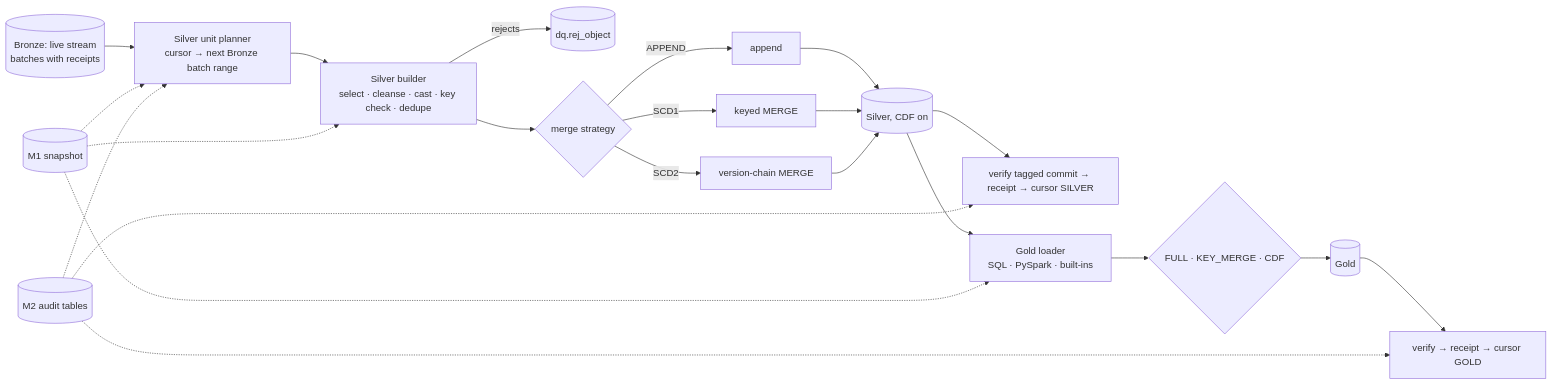
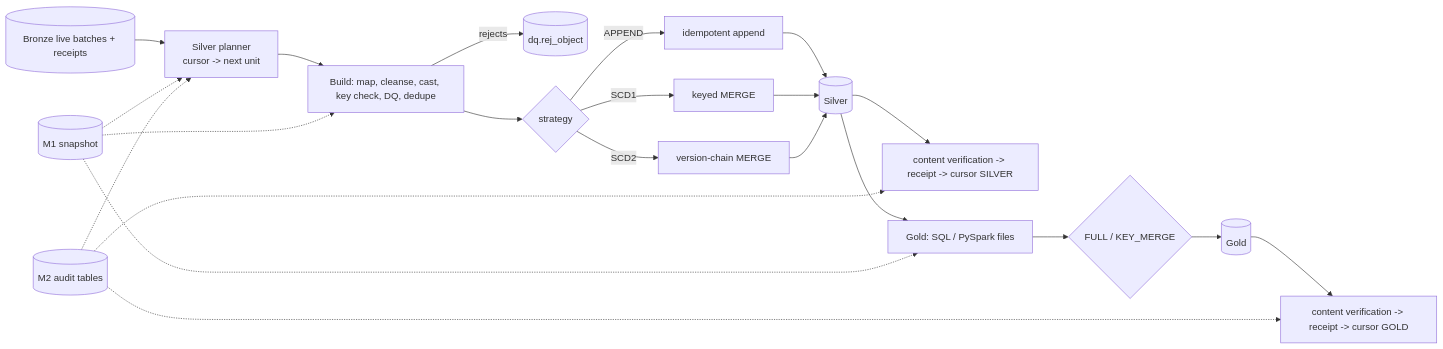
One commit to renu-architect/de-accelerator changed the diagram in docs/architecture/m3/00_M3_design.md. Above: the diagram before and after it, drawn with Mermaid. The commit also changed other lines of this file and 14 other files, not shown here.

````diff
--- a/docs/architecture/m3/00_M3_design.md
+++ b/docs/architecture/m3/00_M3_design.md
@@ -37,18 +25,17 @@
 ```mermaid
 flowchart LR
-  BRZ[(Bronze: live stream<br/>batches with receipts)] --> PL[Silver unit planner<br/>cursor → next Bronze batch range]
-  PL --> SB[Silver builder<br/>select · cleanse · cast · key check · dedupe]
-  SB -->|rejects| REJ[(dq.rej_object)]
-  SB --> MS{merge strategy}
-  MS -->|APPEND| A[append]
-  MS -->|SCD1| S1[keyed MERGE]
-  MS -->|SCD2| S2[version-chain MERGE]
-  A & S1 & S2 --> SLV[(Silver, CDF on)]
-  SLV --> VR[verify tagged commit → receipt → cursor SILVER]
-  SLV --> GL[Gold loader<br/>SQL · PySpark · built-ins]
-  GL --> GM{FULL · KEY_MERGE · CDF}
-  GM --> GLD[(Gold)]
-  GLD --> VR2[verify → receipt → cursor GOLD]
-  META[(M1 snapshot)] -.-> PL & SB & GL
-  AUD[(M2 audit tables)] -.-> PL & VR & VR2
+  BRZ[(Bronze live batches + receipts)] --> PL[Silver planner<br/>cursor -> next unit]
+  PL --> B[Build: map, cleanse, cast, key check, DQ, dedupe]
+  B -->|rejects| REJ[(dq.rej_object)]
+  B --> S{strategy}
+  S -->|APPEND| A[idempotent append]
+  S -->|SCD1| M1[keyed MERGE]
+  S -->|SCD2| M2[version-chain MERGE]
+  A & M1 & M2 --> SL[(Silver)]
+  SL --> V[content verification -> receipt -> cursor SILVER]
+  SL --> G[Gold: SQL / PySpark files]
+  G --> GM{FULL / KEY_MERGE}
+  GM --> GL[(Gold)] --> V2[content verification -> receipt -> cursor GOLD]
+  META[(M1 snapshot)] -.-> PL & B & G
+  AUD[(M2 audit tables)] -.-> PL & V & V2
 ```
````
